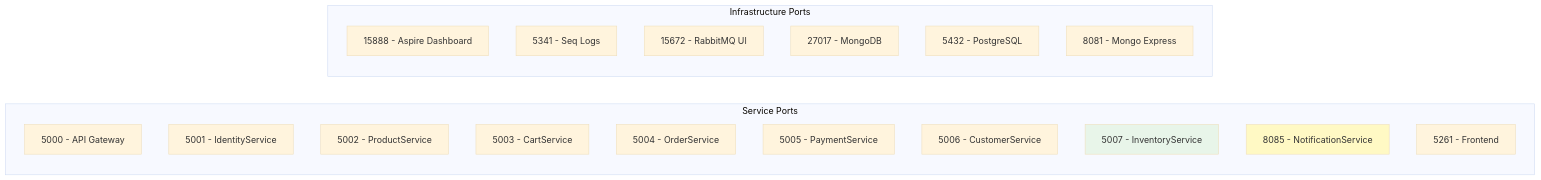
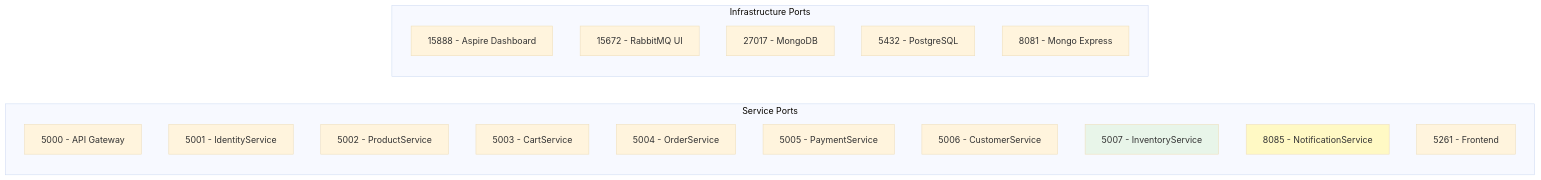
One commit to joriente/microservices changed diagram 11 of 15 in docs/Architecture-Diagrams.md. Above: the diagram before and after it, drawn with Mermaid (base theme). The commit also changed other lines of this file and 12 other files, not shown here.

````diff
--- a/docs/Architecture-Diagrams.md
+++ b/docs/Architecture-Diagrams.md
@@ -550,27 +544,26 @@
 ```mermaid
 flowchart LR
     subgraph "Service Ports"
         P5000[5000 - API Gateway]
         P5001[5001 - IdentityService]
         P5002[5002 - ProductService]
         P5003[5003 - CartService]
         P5004[5004 - OrderService]
         P5005[5005 - PaymentService]
         P5006[5006 - CustomerService]
         P5007[5007 - InventoryService]
         P8085[8085 - NotificationService]
         P5261[5261 - Frontend]
     end
     
     subgraph "Infrastructure Ports"
         P15888[15888 - Aspire Dashboard]
-        P5341[5341 - Seq Logs]
         P15672[15672 - RabbitMQ UI]
         P27017[27017 - MongoDB]
         P5432[5432 - PostgreSQL]
         P8081[8081 - Mongo Express]
     end
     
     style P8085 fill:#fff9c4
     style P5007 fill:#e8f5e9
 ```
````
